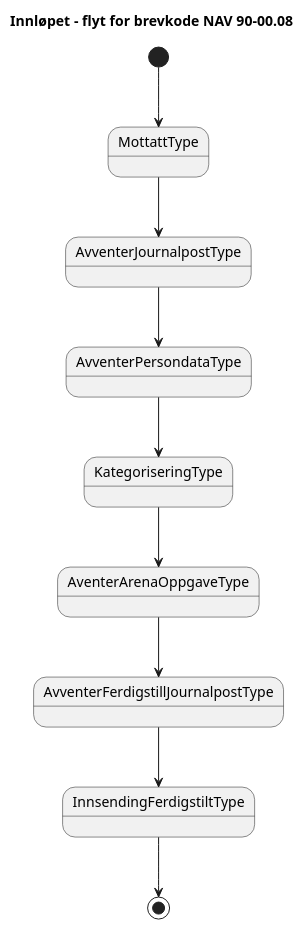
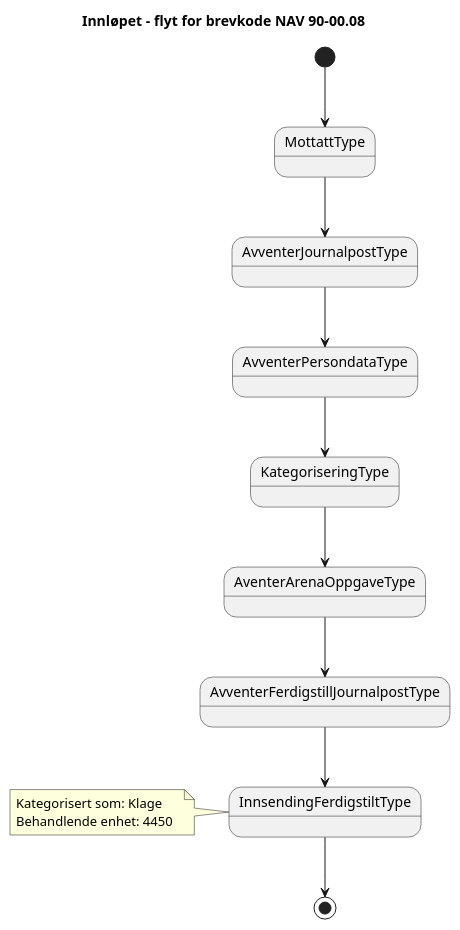
The diagram in docs/arkitektur/tilstander/NAV 90-00.08.approved.puml (navikt/dp-mottak), drawn with PlantUML before and after one commit. The commit also changed 17 other files, not shown here.

```diff
--- a/docs/arkitektur/tilstander/NAV 90-00.08.approved.puml
+++ b/docs/arkitektur/tilstander/NAV 90-00.08.approved.puml
@@ -1,13 +1,17 @@
 @startuml
 title 
 Innløpet – flyt for brevkode NAV 90-00.08
 end title           
-[*]-->MottattType 
+[*]-->MottattType
 MottattType --> AvventerJournalpostType
 AvventerJournalpostType --> AvventerPersondataType
 AvventerPersondataType --> KategoriseringType
 KategoriseringType --> AventerArenaOppgaveType
 AventerArenaOppgaveType --> AvventerFerdigstillJournalpostType
 AvventerFerdigstillJournalpostType --> InnsendingFerdigstiltType
 InnsendingFerdigstiltType--> [*]
+note left of InnsendingFerdigstiltType
+Kategorisert som: Klage
+Behandlende enhet: 4450  
+end note
 @enduml
```
